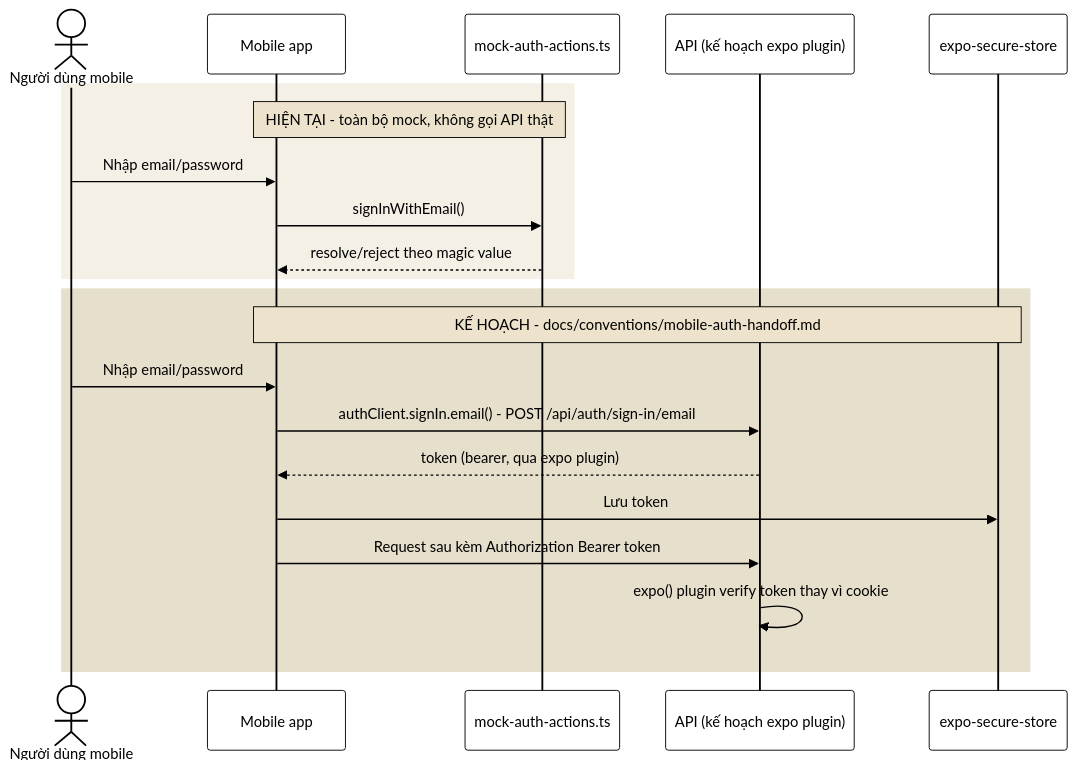
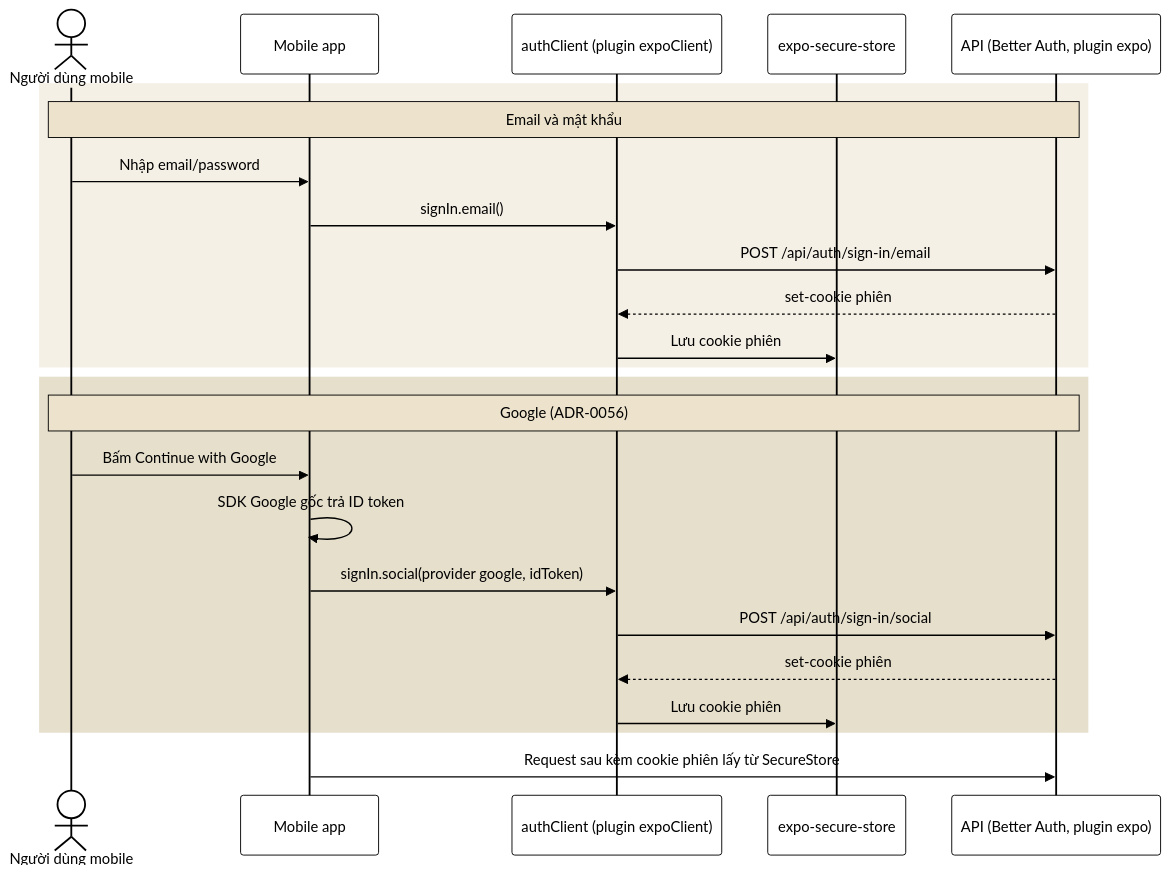
Before and after one commit to yurivolkov21/Tourism-Platform-V2: the third of 9 diagrams in docs/guides/auth-flow-sequence-diagrams.md, drawn with Mermaid. The commit also changed other lines of this file and 41 other files, not shown here.

````diff
--- a/docs/guides/auth-flow-sequence-diagrams.md
+++ b/docs/guides/auth-flow-sequence-diagrams.md
@@ -124,33 +129,37 @@
 ```mermaid
 %%{init: {'theme':'base', 'themeVariables': {
   'primaryColor': '#FFFFFF','primaryBorderColor': '#000000','primaryTextColor': '#000000',
   'actorBkg': '#FFFFFF','actorBorder': '#000000','actorTextColor': '#000000','actorLineColor': '#000000',
   'signalColor': '#000000','signalTextColor': '#000000',
   'labelBoxBkgColor': '#F5F0E6','labelBoxBorderColor': '#000000','labelTextColor': '#000000','loopTextColor': '#000000',
   'noteBkgColor': '#EDE3CC','noteBorderColor': '#000000','noteTextColor': '#000000',
   'activationBkgColor': '#F5F0E6','activationBorderColor': '#000000'
 }}}%%
 sequenceDiagram
     actor U as Người dùng mobile
     participant M as Mobile app
-    participant Mock as mock-auth-actions.ts
-    participant A as API (kế hoạch expo plugin)
+    participant C as authClient (plugin expoClient)
     participant SS as expo-secure-store
+    participant A as API (Better Auth, plugin expo)
 
     rect rgb(245, 240, 230)
-    Note over M,Mock: HIỆN TẠI - toàn bộ mock, không gọi API thật
+    Note over U,A: Email và mật khẩu
     U->>M: Nhập email/password
-    M->>Mock: signInWithEmail()
-    Mock-->>M: resolve/reject theo magic value
+    M->>C: signIn.email()
+    C->>A: POST /api/auth/sign-in/email
+    A-->>C: set-cookie phiên
+    C->>SS: Lưu cookie phiên
     end
 
     rect rgb(230, 223, 204)
-    Note over M,SS: KẾ HOẠCH - docs/conventions/mobile-auth-handoff.md
-    U->>M: Nhập email/password
-    M->>A: authClient.signIn.email() - POST /api/auth/sign-in/email
-    A-->>M: token (bearer, qua expo plugin)
-    M->>SS: Lưu token
-    M->>A: Request sau kèm Authorization Bearer token
-    A->>A: expo() plugin verify token thay vì cookie
+    Note over U,A: Google (ADR-0056)
+    U->>M: Bấm Continue with Google
+    M->>M: SDK Google gốc trả ID token
+    M->>C: signIn.social(provider google, idToken)
+    C->>A: POST /api/auth/sign-in/social
+    A-->>C: set-cookie phiên
+    C->>SS: Lưu cookie phiên
     end
+
+    M->>A: Request sau kèm cookie phiên lấy từ SecureStore
 ```
````
